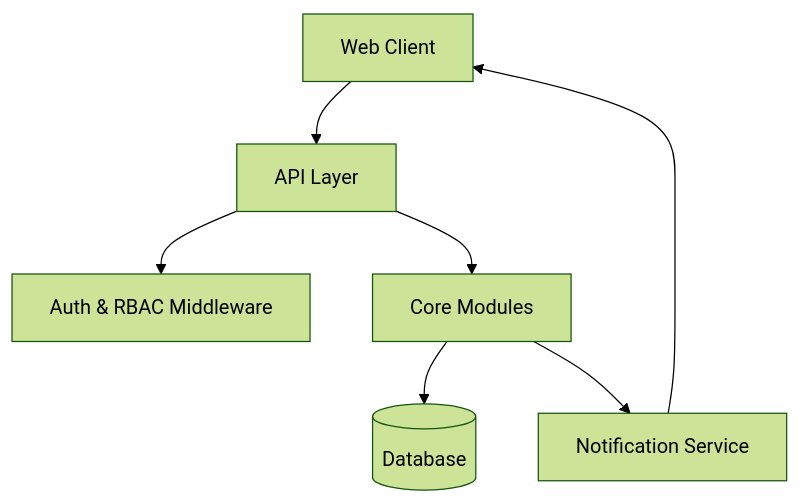
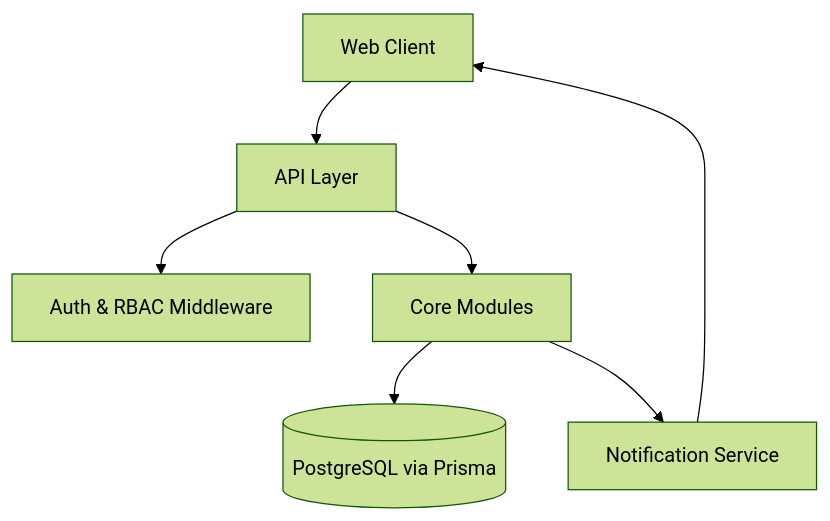
Before and after one commit to osinsomkuwar-27/Assetflow: the first of 3 diagrams in README.md, drawn with Mermaid (forest theme). The commit also changed other lines of this file, not shown here.

````diff
--- a/README.md
+++ b/README.md
@@ -40,9 +43,9 @@
 ```mermaid
 flowchart TD
     Client[Web Client] --> API[API Layer]
     API --> Auth[Auth & RBAC Middleware]
     API --> Modules[Core Modules]
-    Modules --> DB[(Database)]
+    Modules --> DB[(PostgreSQL via Prisma)]
     Modules --> Notif[Notification Service]
     Notif --> Client
 ```
````
